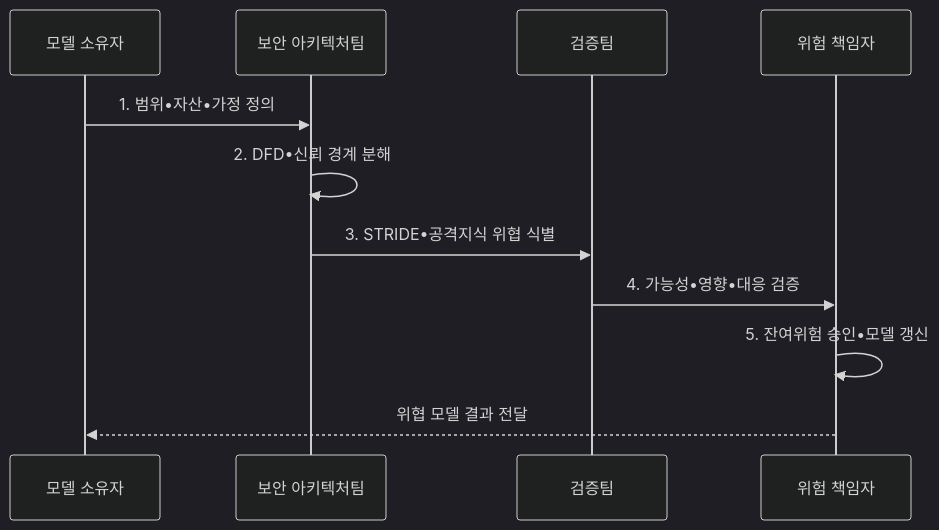
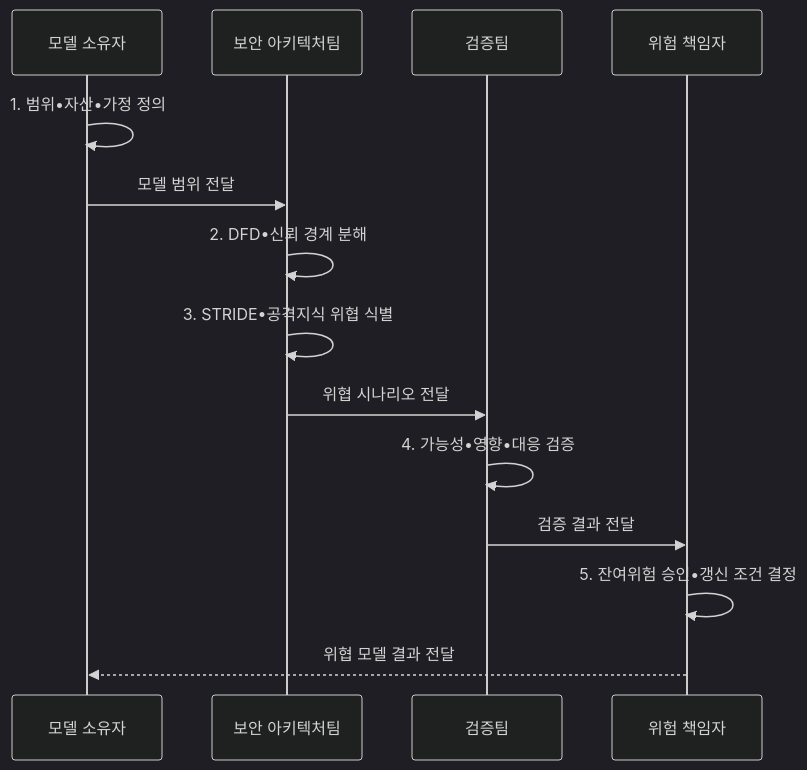
One commit to agnusdei1207/knowledge-base changed the second of 2 diagrams in src/content/docs/notes/05-security/146_threat_modeling_stride.md. Above: the diagram before and after it, drawn with Mermaid (dark theme). The commit also changed other lines of this file and 6 other files, not shown here.

````diff
--- a/src/content/docs/notes/05-security/146_threat_modeling_stride.md
+++ b/src/content/docs/notes/05-security/146_threat_modeling_stride.md
@@ -100,13 +100,16 @@
 ```mermaid
 sequenceDiagram
   participant O as 모델 소유자
   participant S as 보안 아키텍처팀
   participant V as 검증팀
   participant R as 위험 책임자
-  O->>S: 1. 범위•자산•가정 정의
+  O->>O: 1. 범위•자산•가정 정의
+  O->>S: 모델 범위 전달
   S->>S: 2. DFD•신뢰 경계 분해
-  S->>V: 3. STRIDE•공격지식 위협 식별
-  V->>R: 4. 가능성•영향•대응 검증
-  R->>R: 5. 잔여위험 승인•모델 갱신
+  S->>S: 3. STRIDE•공격지식 위협 식별
+  S->>V: 위협 시나리오 전달
+  V->>V: 4. 가능성•영향•대응 검증
+  V->>R: 검증 결과 전달
+  R->>R: 5. 잔여위험 승인•갱신 조건 결정
   R-->>O: 위협 모델 결과 전달
 ```
````
